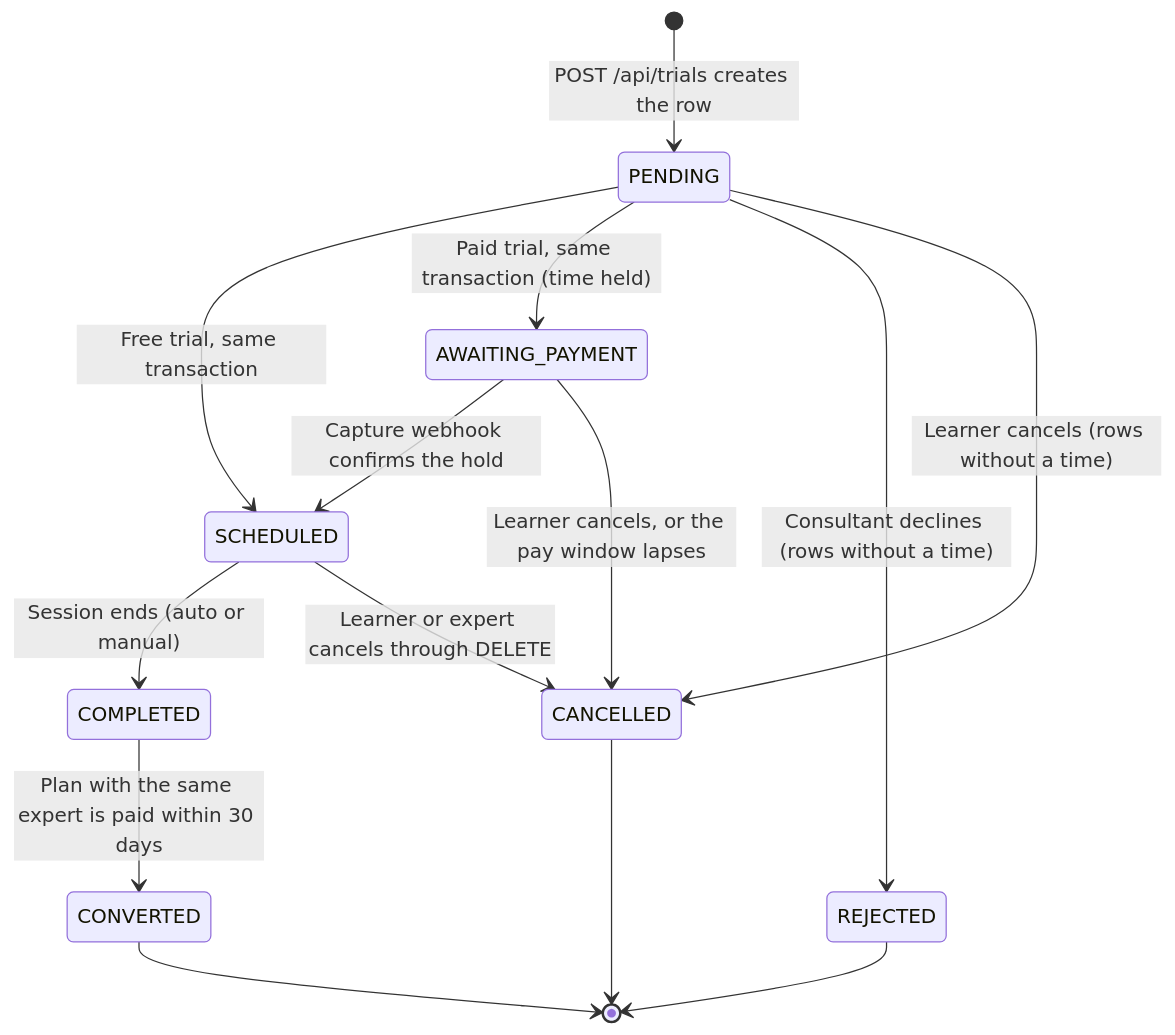
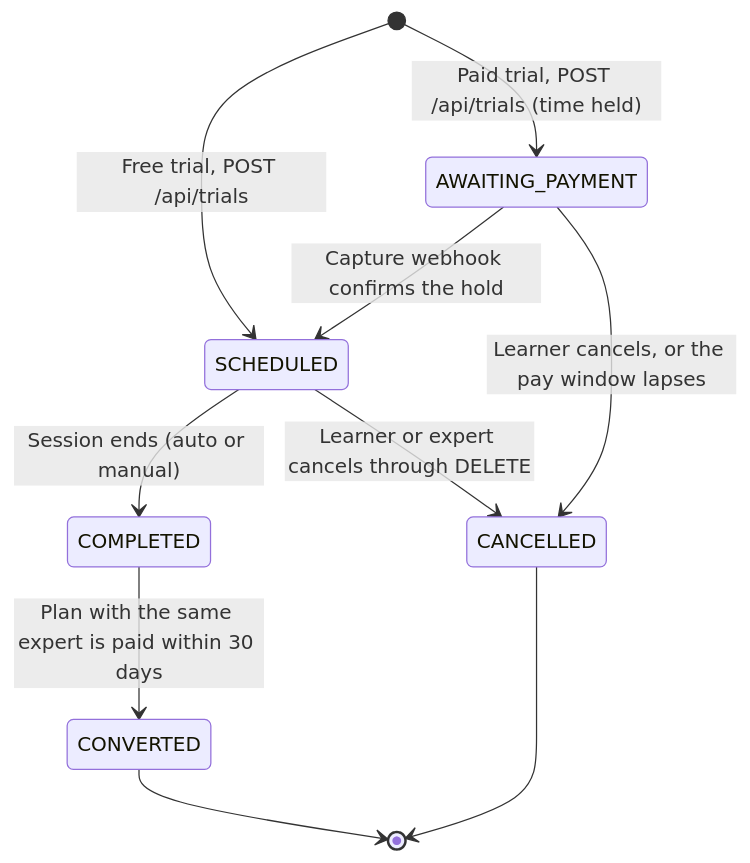
The first of 2 diagrams in docs/booking/09-trials.md (Practitionist/familiarise_web), drawn with Mermaid before and after one commit. The commit also changed other lines of this file and 20 other files, not shown here.

````diff
--- a/docs/booking/09-trials.md
+++ b/docs/booking/09-trials.md
@@ -93,16 +91,12 @@
 ```mermaid
 stateDiagram-v2
-    [*] --> PENDING : POST /api/trials creates the row
-    PENDING --> SCHEDULED : Free trial, same transaction
-    PENDING --> AWAITING_PAYMENT : Paid trial, same transaction (time held)
+    [*] --> SCHEDULED : Free trial, POST /api/trials
+    [*] --> AWAITING_PAYMENT : Paid trial, POST /api/trials (time held)
     AWAITING_PAYMENT --> SCHEDULED : Capture webhook confirms the hold
     AWAITING_PAYMENT --> CANCELLED : Learner cancels, or the pay window lapses
-    PENDING --> REJECTED : Consultant declines (rows without a time)
-    PENDING --> CANCELLED : Learner cancels (rows without a time)
     SCHEDULED --> COMPLETED : Session ends (auto or manual)
     SCHEDULED --> CANCELLED : Learner or expert cancels through DELETE
     COMPLETED --> CONVERTED : Plan with the same expert is paid within 30 days
-    REJECTED --> [*]
     CANCELLED --> [*]
     CONVERTED --> [*]
 ```
````
